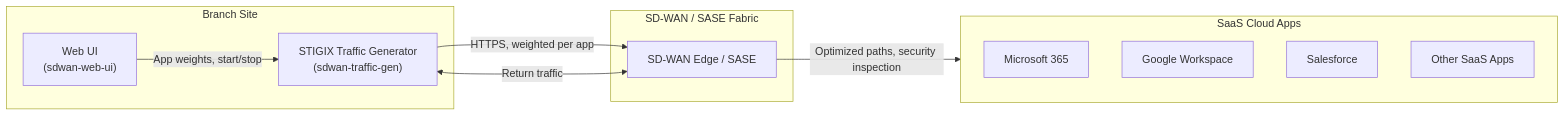
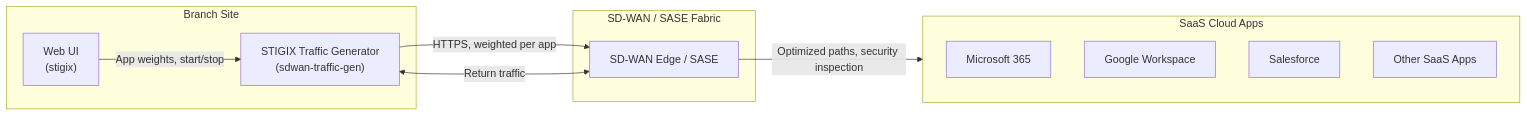
One commit to jsuzanne/stigix changed the first of 9 diagrams in docs/stigix_usecase.md. Above: the diagram before and after it, drawn with Mermaid. The commit also changed 19 other files, not shown here.

````diff
--- a/docs/stigix_usecase.md
+++ b/docs/stigix_usecase.md
@@ -7,23 +7,23 @@
 ```mermaid
 flowchart LR
     subgraph Branch["Branch Site"]
         TG["STIGIX Traffic Generator<br/>(sdwan-traffic-gen)"]
-        UI["Web UI<br/>(sdwan-web-ui)"]
+        UI["Web UI<br/>(stigix)"]
     end
 
     subgraph WAN["SD-WAN / SASE Fabric"]
         SDWAN["SD-WAN Edge / SASE"]
     end
 
     subgraph Cloud["SaaS Cloud Apps"]
         M365["Microsoft 365"]
         GWS["Google Workspace"]
         SFDC["Salesforce"]
         OtherSaaS["Other SaaS Apps"]
     end
 
     UI -->|"App weights, start/stop"| TG
     TG -->|"HTTPS, weighted per app"| SDWAN
     SDWAN -->|"Optimized paths, security inspection"| Cloud
     SDWAN <-->|"Return traffic"| TG
 ```
````
